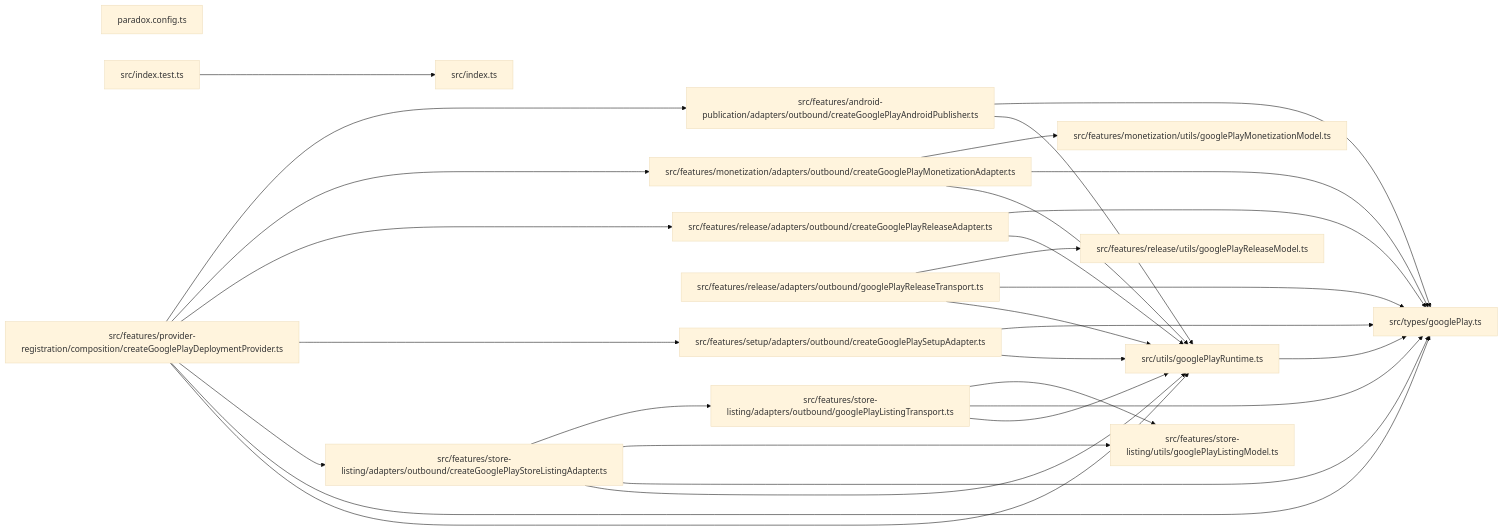
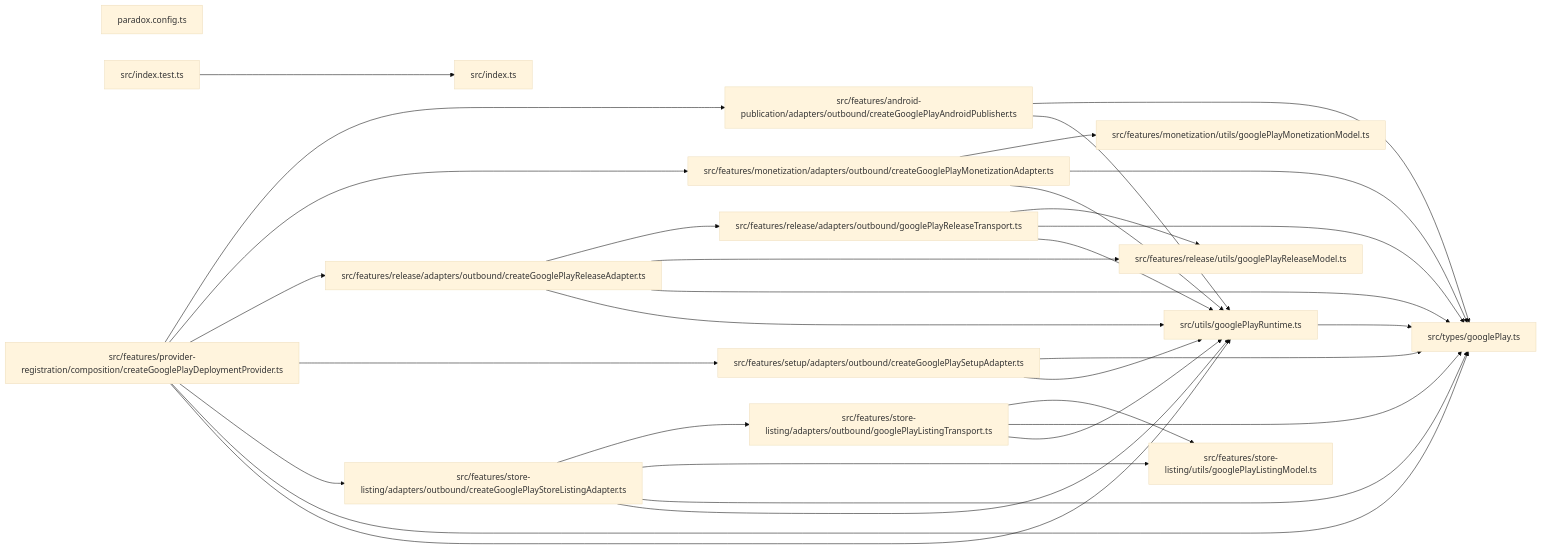
Before and after one commit to ankhorage/deploy-provider-google-play: the diagram in paradox/diagrams/module-relationships.mmd, drawn with Mermaid (base theme). The commit also changed 4 other files, not shown here.

Commit message:
chore: prepare Google Play provider [prepared]

```diff
--- a/paradox/diagrams/module-relationships.mmd
+++ b/paradox/diagrams/module-relationships.mmd
@@ -1,45 +1,47 @@
 graph LR
   module_paradox_config_ts["paradox.config.ts"]
   module_src_features_android_publication_adapters_outbound_createGooglePlayAndroidPublisher_ts["src/features/android-publication/adapters/outbound/createGooglePlayAndroidPublisher.ts"]
   module_src_features_monetization_adapters_outbound_createGooglePlayMonetizationAdapter_ts["src/features/monetization/adapters/outbound/createGooglePlayMonetizationAdapter.ts"]
   module_src_features_monetization_utils_googlePlayMonetizationModel_ts["src/features/monetization/utils/googlePlayMonetizationModel.ts"]
   module_src_features_provider_registration_composition_createGooglePlayDeploymentProvider_ts["src/features/provider-registration/composition/createGooglePlayDeploymentProvider.ts"]
   module_src_features_release_adapters_outbound_createGooglePlayReleaseAdapter_ts["src/features/release/adapters/outbound/createGooglePlayReleaseAdapter.ts"]
   module_src_features_release_adapters_outbound_googlePlayReleaseTransport_ts["src/features/release/adapters/outbound/googlePlayReleaseTransport.ts"]
   module_src_features_release_utils_googlePlayReleaseModel_ts["src/features/release/utils/googlePlayReleaseModel.ts"]
   module_src_features_setup_adapters_outbound_createGooglePlaySetupAdapter_ts["src/features/setup/adapters/outbound/createGooglePlaySetupAdapter.ts"]
   module_src_features_store_listing_adapters_outbound_createGooglePlayStoreListingAdapter_ts["src/features/store-listing/adapters/outbound/createGooglePlayStoreListingAdapter.ts"]
   module_src_features_store_listing_adapters_outbound_googlePlayListingTransport_ts["src/features/store-listing/adapters/outbound/googlePlayListingTransport.ts"]
   module_src_features_store_listing_utils_googlePlayListingModel_ts["src/features/store-listing/utils/googlePlayListingModel.ts"]
   module_src_index_test_ts["src/index.test.ts"]
   module_src_index_ts["src/index.ts"]
   module_src_types_googlePlay_ts["src/types/googlePlay.ts"]
   module_src_utils_googlePlayRuntime_ts["src/utils/googlePlayRuntime.ts"]
   module_src_features_android_publication_adapters_outbound_createGooglePlayAndroidPublisher_ts --> module_src_types_googlePlay_ts
   module_src_features_android_publication_adapters_outbound_createGooglePlayAndroidPublisher_ts --> module_src_utils_googlePlayRuntime_ts
   module_src_features_monetization_adapters_outbound_createGooglePlayMonetizationAdapter_ts --> module_src_features_monetization_utils_googlePlayMonetizationModel_ts
   module_src_features_monetization_adapters_outbound_createGooglePlayMonetizationAdapter_ts --> module_src_types_googlePlay_ts
   module_src_features_monetization_adapters_outbound_createGooglePlayMonetizationAdapter_ts --> module_src_utils_googlePlayRuntime_ts
   module_src_features_provider_registration_composition_createGooglePlayDeploymentProvider_ts --> module_src_features_android_publication_adapters_outbound_createGooglePlayAndroidPublisher_ts
   module_src_features_provider_registration_composition_createGooglePlayDeploymentProvider_ts --> module_src_features_monetization_adapters_outbound_createGooglePlayMonetizationAdapter_ts
   module_src_features_provider_registration_composition_createGooglePlayDeploymentProvider_ts --> module_src_features_release_adapters_outbound_createGooglePlayReleaseAdapter_ts
   module_src_features_provider_registration_composition_createGooglePlayDeploymentProvider_ts --> module_src_features_setup_adapters_outbound_createGooglePlaySetupAdapter_ts
   module_src_features_provider_registration_composition_createGooglePlayDeploymentProvider_ts --> module_src_features_store_listing_adapters_outbound_createGooglePlayStoreListingAdapter_ts
   module_src_features_provider_registration_composition_createGooglePlayDeploymentProvider_ts --> module_src_types_googlePlay_ts
   module_src_features_provider_registration_composition_createGooglePlayDeploymentProvider_ts --> module_src_utils_googlePlayRuntime_ts
+  module_src_features_release_adapters_outbound_createGooglePlayReleaseAdapter_ts --> module_src_features_release_adapters_outbound_googlePlayReleaseTransport_ts
+  module_src_features_release_adapters_outbound_createGooglePlayReleaseAdapter_ts --> module_src_features_release_utils_googlePlayReleaseModel_ts
   module_src_features_release_adapters_outbound_createGooglePlayReleaseAdapter_ts --> module_src_types_googlePlay_ts
   module_src_features_release_adapters_outbound_createGooglePlayReleaseAdapter_ts --> module_src_utils_googlePlayRuntime_ts
   module_src_features_release_adapters_outbound_googlePlayReleaseTransport_ts --> module_src_features_release_utils_googlePlayReleaseModel_ts
   module_src_features_release_adapters_outbound_googlePlayReleaseTransport_ts --> module_src_types_googlePlay_ts
   module_src_features_release_adapters_outbound_googlePlayReleaseTransport_ts --> module_src_utils_googlePlayRuntime_ts
   module_src_features_setup_adapters_outbound_createGooglePlaySetupAdapter_ts --> module_src_types_googlePlay_ts
   module_src_features_setup_adapters_outbound_createGooglePlaySetupAdapter_ts --> module_src_utils_googlePlayRuntime_ts
   module_src_features_store_listing_adapters_outbound_createGooglePlayStoreListingAdapter_ts --> module_src_features_store_listing_adapters_outbound_googlePlayListingTransport_ts
   module_src_features_store_listing_adapters_outbound_createGooglePlayStoreListingAdapter_ts --> module_src_features_store_listing_utils_googlePlayListingModel_ts
   module_src_features_store_listing_adapters_outbound_createGooglePlayStoreListingAdapter_ts --> module_src_types_googlePlay_ts
   module_src_features_store_listing_adapters_outbound_createGooglePlayStoreListingAdapter_ts --> module_src_utils_googlePlayRuntime_ts
   module_src_features_store_listing_adapters_outbound_googlePlayListingTransport_ts --> module_src_features_store_listing_utils_googlePlayListingModel_ts
   module_src_features_store_listing_adapters_outbound_googlePlayListingTransport_ts --> module_src_types_googlePlay_ts
   module_src_features_store_listing_adapters_outbound_googlePlayListingTransport_ts --> module_src_utils_googlePlayRuntime_ts
   module_src_index_test_ts --> module_src_index_ts
   module_src_utils_googlePlayRuntime_ts --> module_src_types_googlePlay_ts
```
